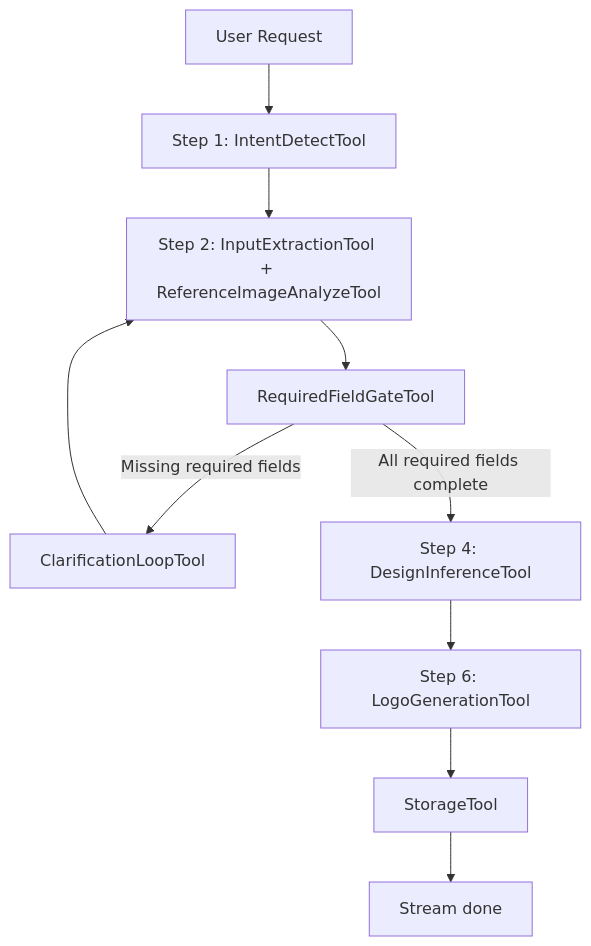
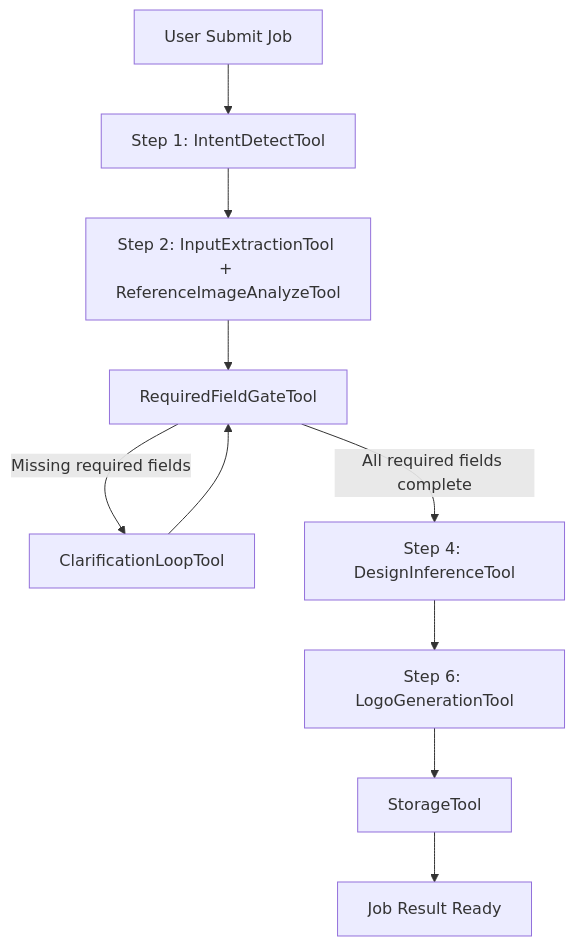
One commit to Ne4nf/Agent-Memory changed the first of 3 diagrams in tech.md. Above: the diagram before and after it, drawn with Mermaid. The commit also changed other lines of this file, not shown here.

````diff
--- a/tech.md
+++ b/tech.md
@@ -85,12 +90,12 @@
 ```mermaid
 flowchart TD
-    A[User Request] --> B[Step 1: IntentDetectTool]
+    A[User Submit Job] --> B[Step 1: IntentDetectTool]
     B --> C[Step 2: InputExtractionTool + ReferenceImageAnalyzeTool]
     C --> D[RequiredFieldGateTool]
     D -->|Missing required fields| E[ClarificationLoopTool]
-    E --> C
+    E --> D
     D -->|All required fields complete| F[Step 4: DesignInferenceTool]
     F --> G[Step 6: LogoGenerationTool]
     G --> H[StorageTool]
-    H --> I[Stream done]
+    H --> I[Job Result Ready]
 ```
````
